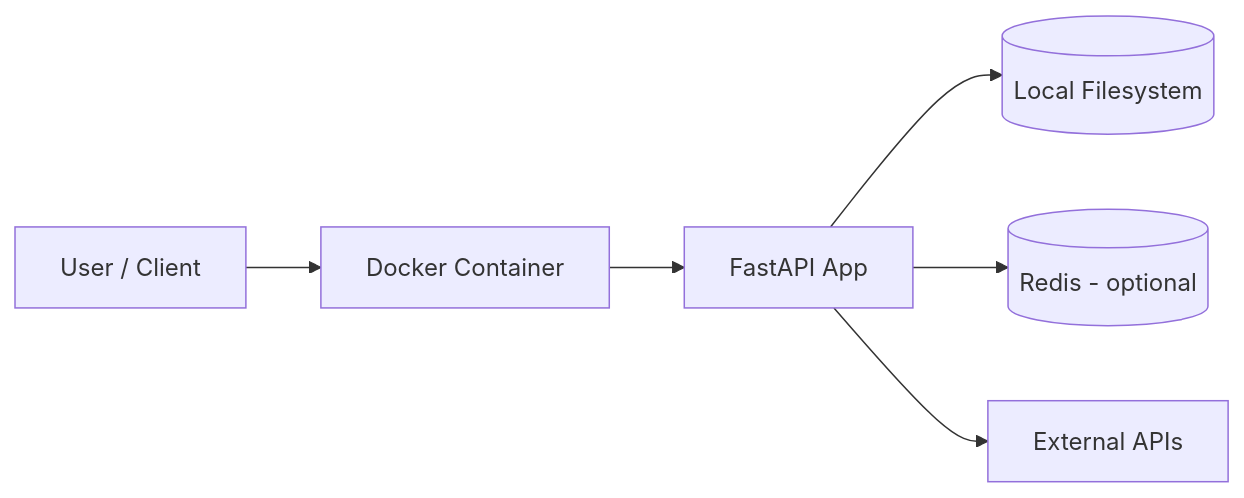
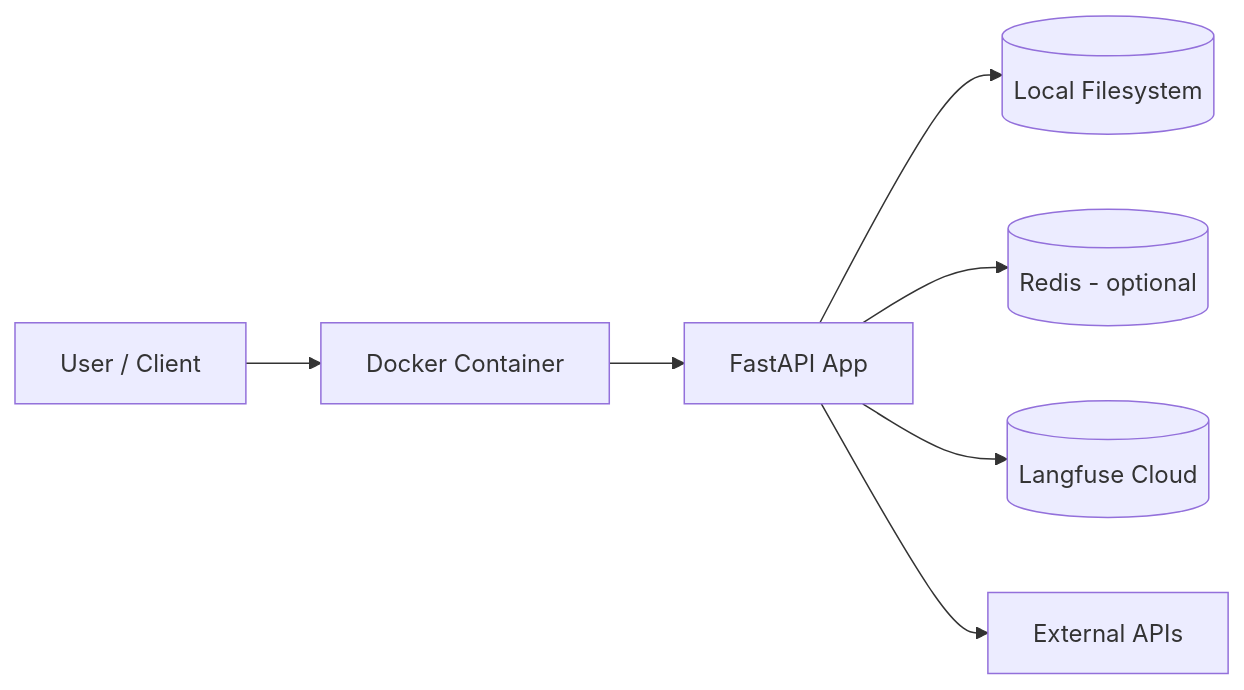
One commit to Dhruvpatel1804/seo-insight-ai changed the third of 4 diagrams in docs/architecture.md. Above: the diagram before and after it, drawn with Mermaid. The commit also changed other lines of this file and 11 other files, not shown here.

First line of the commit message:
Add Langfuse Cloud integration for LLM observability

````diff
--- a/docs/architecture.md
+++ b/docs/architecture.md
@@ -92,15 +99,17 @@
 ```mermaid
 flowchart LR
     User[User / Client]
     Docker[Docker Container]
     App[FastAPI App]
     FS[(Local Filesystem)]
     Redis[(Redis - optional)]
+    LangfuseSvc[(Langfuse Cloud)]
     Ext[External APIs]
 
     User --> Docker
     Docker --> App
     App --> FS
     App --> Redis
+    App --> LangfuseSvc
     App --> Ext
 ```
````
